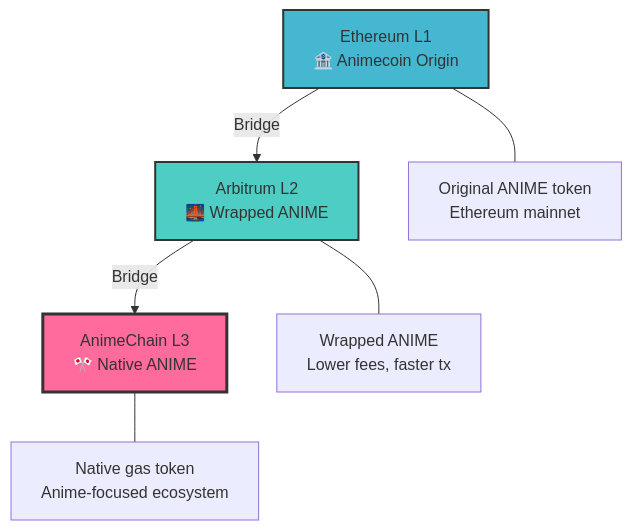
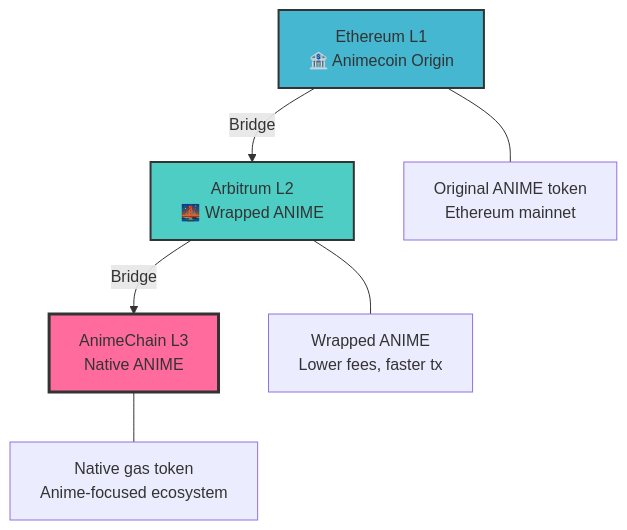
One commit to andrewtheiss/AnimeChainDev changed the diagram in docs/docs/index.md. Above: the diagram before and after it, drawn with Mermaid. The commit also changed other lines of this file and 15 other files, not shown here.

````diff
--- a/docs/docs/index.md
+++ b/docs/docs/index.md
@@ -68,21 +91,21 @@
 ```mermaid
 graph TB
     L1[Ethereum L1<br/>🏦 Animecoin Origin]
     L2[Arbitrum L2<br/>🌉 Wrapped ANIME]
-    L3[AnimeChain L3<br/>🎌 Native ANIME]
+    L3[AnimeChain L3<br/>Native ANIME]
     
     L1 -->|Bridge| L2
     L2 -->|Bridge| L3
     
     L1_DESC[Original ANIME token<br/>Ethereum mainnet]
     L2_DESC[Wrapped ANIME<br/>Lower fees, faster tx]
     L3_DESC[Native gas token<br/>Anime-focused ecosystem]
     
     L1 --- L1_DESC
     L2 --- L2_DESC
     L3 --- L3_DESC
     
     style L3 fill:#ff6b9d,stroke:#333,stroke-width:3px
     style L2 fill:#4ecdc4,stroke:#333,stroke-width:2px
     style L1 fill:#45b7d1,stroke:#333,stroke-width:2px
 ```
````
